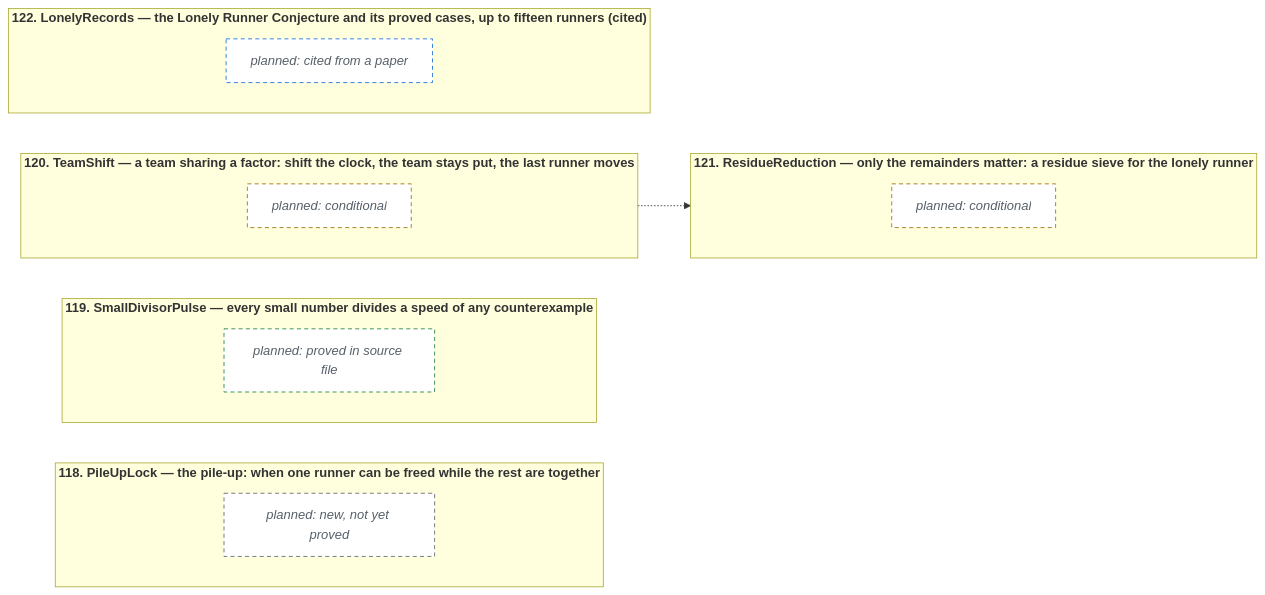
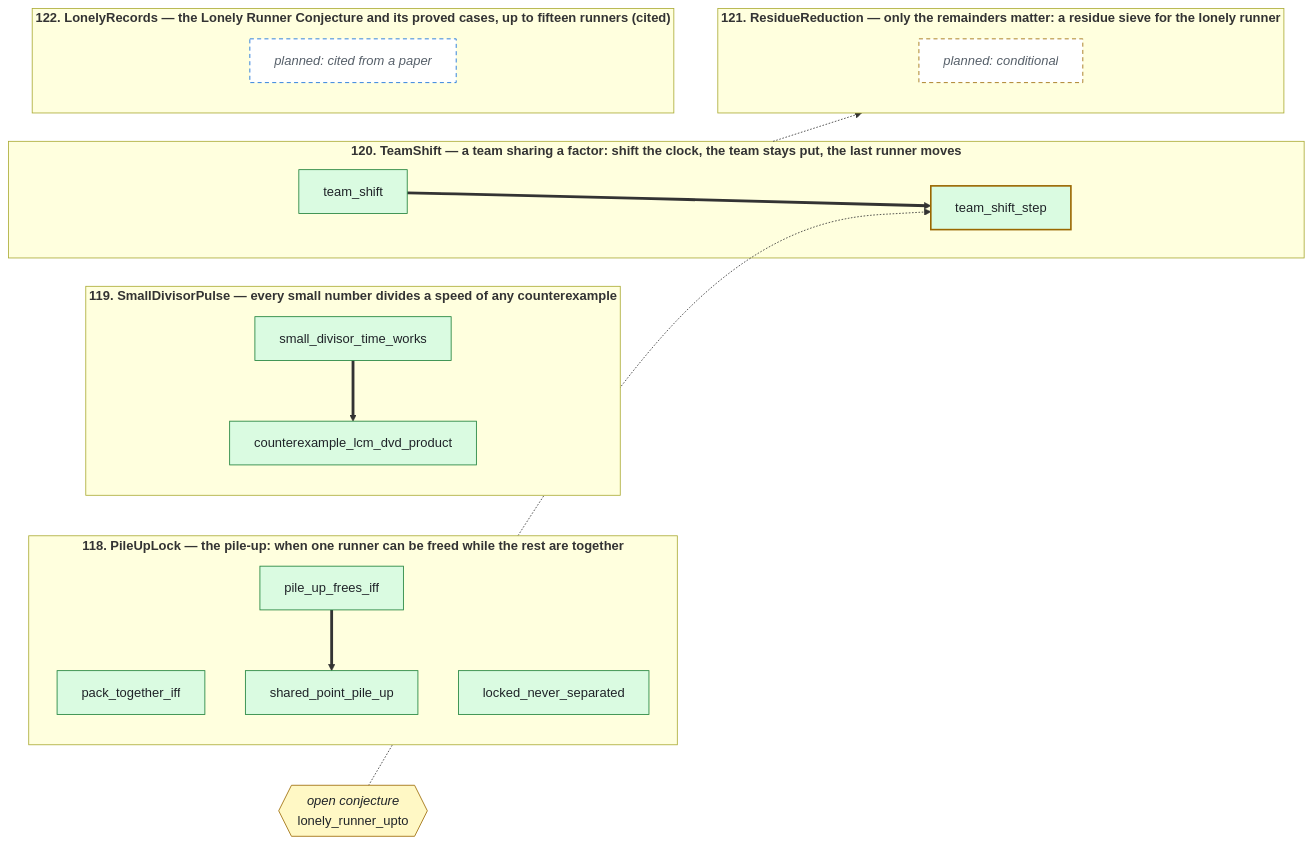
One commit to golfbum71/RNS-Sieve-Network changed diagram 11 of 11 in GRAPH.md. Above: the diagram before and after it, drawn with Mermaid. The commit also changed other lines of this file and 17 other files, not shown here.

First line of the commit message:
PileUpLock, SmallDivisorPulse, TeamShift: built clean (standard axioms); metadata, node list and graph

````diff
--- a/GRAPH.md
+++ b/GRAPH.md
@@ -1730,39 +1730,55 @@
 ```mermaid
 graph LR
   subgraph s1["<b>118. PileUpLock — the pile-up: when one runner can be freed while the rest are together</b>"]
-    p1["<i>planned: new, not yet proved</i>"]
+    c1["pack_together_iff"]
+    c2["locked_never_separated"]
+    c3["pile_up_frees_iff"]
+    c4["shared_point_pile_up"]
   end
   subgraph s2["<b>119. SmallDivisorPulse — every small number divides a speed of any counterexample</b>"]
-    p2["<i>planned: proved in source file</i>"]
+    c5["small_divisor_time_works"]
+    c6["counterexample_lcm_dvd_product"]
   end
   subgraph s3["<b>120. TeamShift — a team sharing a factor: shift the clock, the team stays put, the last runner moves</b>"]
-    p3["<i>planned: conditional</i>"]
+    c7["team_shift"]
+    c8["team_shift_step"]
   end
   subgraph s4["<b>121. ResidueReduction — only the remainders matter: a residue sieve for the lonely runner</b>"]
-    p4["<i>planned: conditional</i>"]
+    p1["<i>planned: conditional</i>"]
   end
   subgraph s5["<b>122. LonelyRecords — the Lonely Runner Conjecture and its proved cases, up to fifteen runners (cited)</b>"]
-    p5["<i>planned: cited from a paper</i>"]
+    p2["<i>planned: cited from a paper</i>"]
   end
+  o1{{"<i>open conjecture</i><br/>lonely_runner_upto"}}
+  c3 ==> c4
+  c5 ==> c6
+  c7 ==> c8
+  o1 -.-> c8
   s3 -.-> s4
   classDef verified fill:#dafbe1,stroke:#1a7f37,color:#1f2328;
   classDef conditional_built fill:#dafbe1,stroke:#9a6700,color:#1f2328,stroke-width:2px;
   classDef cited_built fill:#ddf4ff,stroke:#0969da,color:#1f2328;
   classDef planned fill:#ffffff,stroke:#1a7f37,color:#57606a,stroke-dasharray: 5 4;
   classDef conditional fill:#ffffff,stroke:#9a6700,color:#57606a,stroke-dasharray: 5 4;
   classDef cited fill:#ffffff,stroke:#0969da,color:#57606a,stroke-dasharray: 5 4;
   classDef new fill:#ffffff,stroke:#57606a,color:#57606a,stroke-dasharray: 5 4;
   classDef draft fill:#ffffff,stroke:#1a7f37,color:#1f2328,stroke-width:2px,stroke-dasharray: 2 2;
   classDef external fill:#fbefff,stroke:#8250df,color:#1f2328;
   classDef openconj fill:#fff8c5,stroke:#9a6700,color:#1f2328;
   classDef stub fill:#f6f8fa,stroke:#d0d7de,color:#57606a;
-  class p2 planned;
-  class p3,p4 conditional;
-  class p5 cited;
-  class p1 new;
-  click p1 href "https://github.com/golfbum71/RNS-Sieve-Network/blob/main/docs/nodes/PileUpLock.md" _blank
-  click p2 href "https://github.com/golfbum71/RNS-Sieve-Network/blob/main/docs/nodes/SmallDivisorPulse.md" _blank
-  click p3 href "https://github.com/golfbum71/RNS-Sieve-Network/blob/main/docs/nodes/TeamShift.md" _blank
-  click p4 href "https://github.com/golfbum71/RNS-Sieve-Network/blob/main/docs/nodes/ResidueReduction.md" _blank
-  click p5 href "https://github.com/golfbum71/RNS-Sieve-Network/blob/main/docs/nodes/LonelyRecords.md" _blank
+  class c1,c2,c3,c4,c5,c6,c7 verified;
+  class c8 conditional_built;
+  class p1 conditional;
+  class p2 cited;
+  class o1 openconj;
+  click c1 href "https://github.com/golfbum71/RNS-Sieve-Network/blob/main/docs/nodes/PileUpLock.md#pack_together_iff" _blank
+  click c2 href "https://github.com/golfbum71/RNS-Sieve-Network/blob/main/docs/nodes/PileUpLock.md#locked_never_separated" _blank
+  click c3 href "https://github.com/golfbum71/RNS-Sieve-Network/blob/main/docs/nodes/PileUpLock.md#pile_up_frees_iff" _blank
+  click c4 href "https://github.com/golfbum71/RNS-Sieve-Network/blob/main/docs/nodes/PileUpLock.md#shared_point_pile_up" _blank
+  click c5 href "https://github.com/golfbum71/RNS-Sieve-Network/blob/main/docs/nodes/SmallDivisorPulse.md#small_divisor_time_works" _blank
+  click c6 href "https://github.com/golfbum71/RNS-Sieve-Network/blob/main/docs/nodes/SmallDivisorPulse.md#counterexample_lcm_dvd_product" _blank
+  click c7 href "https://github.com/golfbum71/RNS-Sieve-Network/blob/main/docs/nodes/TeamShift.md#team_shift" _blank
+  click c8 href "https://github.com/golfbum71/RNS-Sieve-Network/blob/main/docs/nodes/TeamShift.md#team_shift_step" _blank
+  click p1 href "https://github.com/golfbum71/RNS-Sieve-Network/blob/main/docs/nodes/ResidueReduction.md" _blank
+  click p2 href "https://github.com/golfbum71/RNS-Sieve-Network/blob/main/docs/nodes/LonelyRecords.md" _blank
 ```
````
